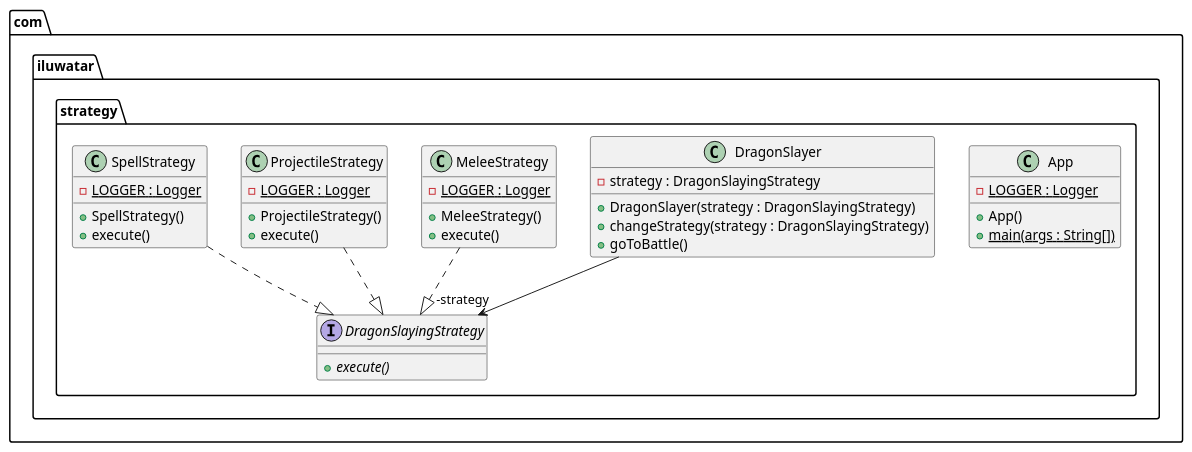
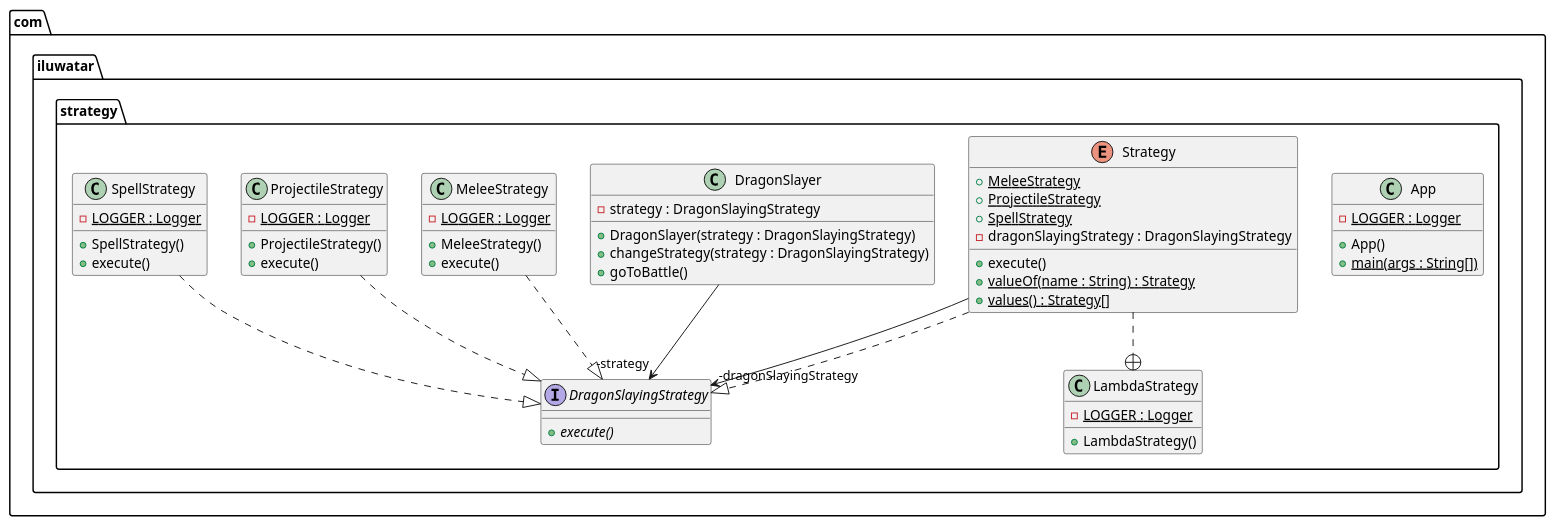
Before and after one commit to NatalieSty/java-design-patterns: the diagram in strategy/etc/strategy.urm.puml, drawn with PlantUML. The commit also changed 4 other files, not shown here.

First line of the commit message:
#1469 Add lambda expressions implementation for Strategy Pattern (#1631)

```diff
--- a/strategy/etc/strategy.urm.puml
+++ b/strategy/etc/strategy.urm.puml
@@ -1,37 +1,53 @@
 @startuml
 package com.iluwatar.strategy {
   class App {
     - LOGGER : Logger {static}
     + App()
     + main(args : String[]) {static}
   }
   class DragonSlayer {
     - strategy : DragonSlayingStrategy
     + DragonSlayer(strategy : DragonSlayingStrategy)
     + changeStrategy(strategy : DragonSlayingStrategy)
     + goToBattle()
   }
   interface DragonSlayingStrategy {
     + execute() {abstract}
+  }
+  class LambdaStrategy {
+    - LOGGER : Logger {static}
+    + LambdaStrategy()
+  }
+  enum Strategy {
+    + MeleeStrategy {static}
+    + ProjectileStrategy {static}
+    + SpellStrategy {static}
+    - dragonSlayingStrategy : DragonSlayingStrategy
+    + execute()
+    + valueOf(name : String) : Strategy {static}
+    + values() : Strategy[] {static}
   }
   class MeleeStrategy {
     - LOGGER : Logger {static}
     + MeleeStrategy()
     + execute()
   }
   class ProjectileStrategy {
     - LOGGER : Logger {static}
     + ProjectileStrategy()
     + execute()
   }
   class SpellStrategy {
     - LOGGER : Logger {static}
     + SpellStrategy()
     + execute()
   }
 }
+Strategy ..+ LambdaStrategy
+Strategy -->  "-dragonSlayingStrategy" DragonSlayingStrategy
 DragonSlayer -->  "-strategy" DragonSlayingStrategy
+Strategy ..|> DragonSlayingStrategy 
 MeleeStrategy ..|> DragonSlayingStrategy 
 ProjectileStrategy ..|> DragonSlayingStrategy 
 SpellStrategy ..|> DragonSlayingStrategy 
 @enduml
```
